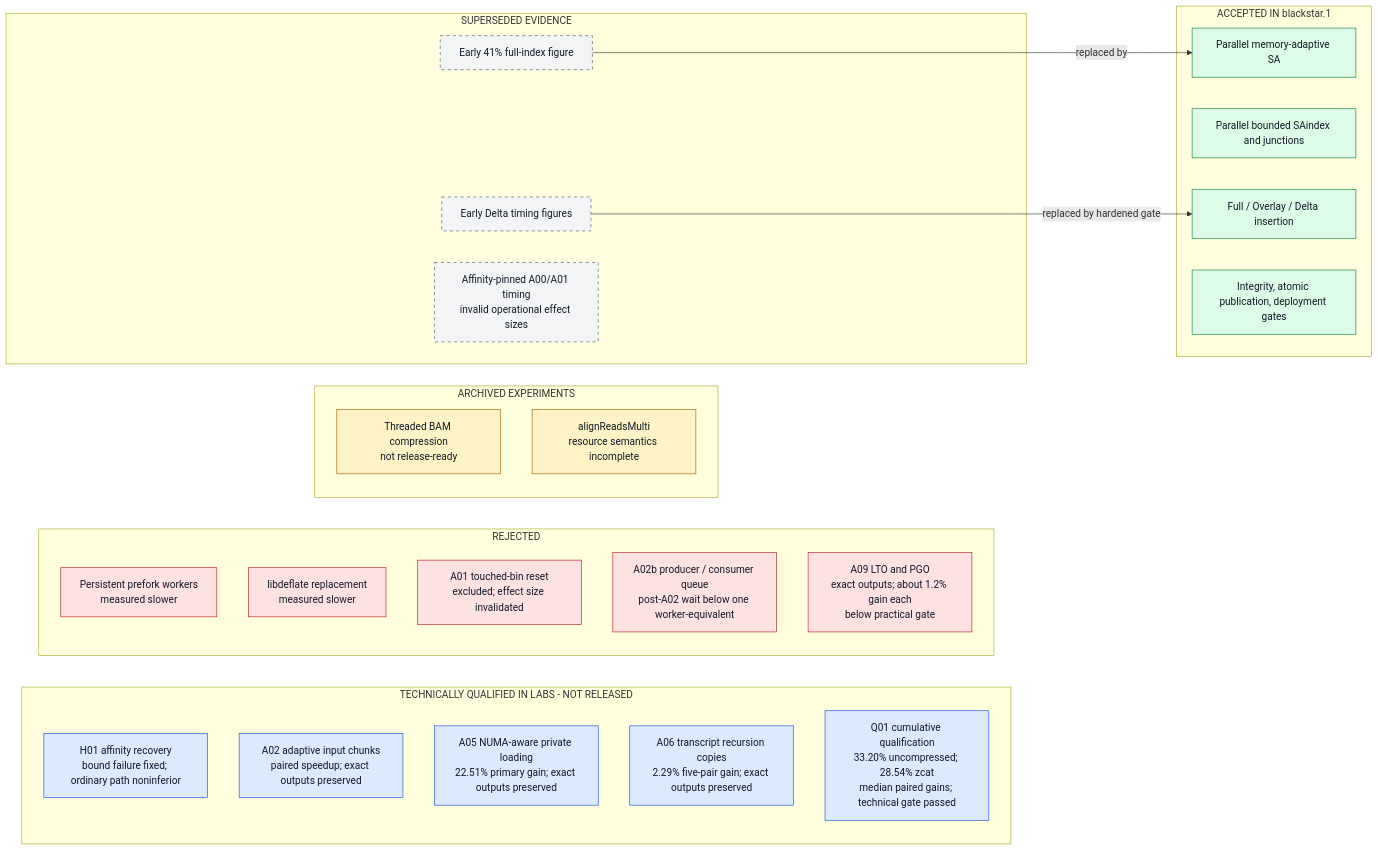
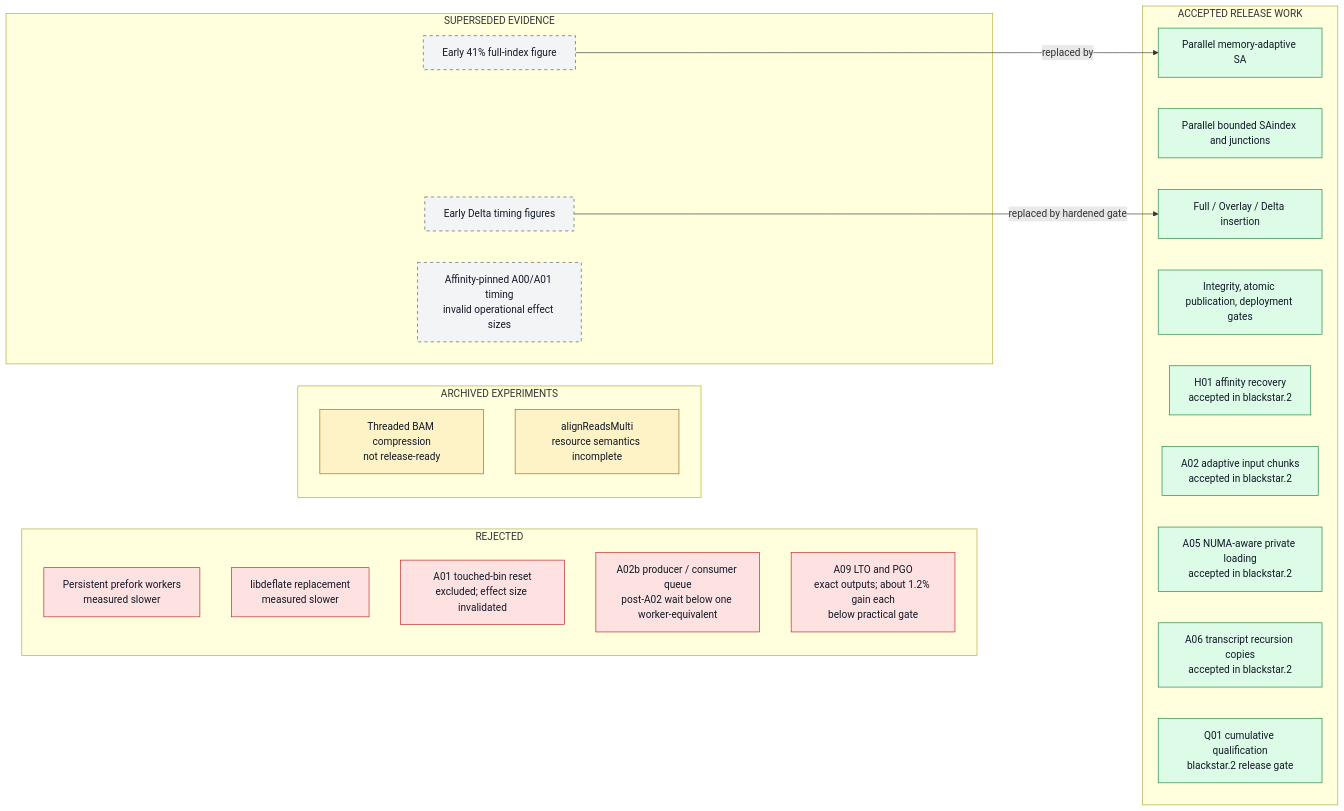
Before and after one commit to justinblethrow-cloud/STAR: the diagram in docs/architecture/diagrams/src/F13-history.mmd, drawn with Mermaid. The commit also changed 52 other files, not shown here.

Commit message:
release: prepare BlackSTAR 2.7.11b-blackstar.2

```diff
--- a/docs/architecture/diagrams/src/F13-history.mmd
+++ b/docs/architecture/diagrams/src/F13-history.mmd
@@ -1,48 +1,43 @@
 flowchart LR
-    subgraph ACCEPTED["ACCEPTED IN blackstar.1"]
+    subgraph ACCEPTED["ACCEPTED RELEASE WORK"]
         A1["Parallel memory-adaptive SA"]
         A2["Parallel bounded SAindex and junctions"]
         A3["Full / Overlay / Delta insertion"]
         A4["Integrity, atomic publication, deployment gates"]
-    end
-
-    subgraph LABS["TECHNICALLY QUALIFIED IN LABS - NOT RELEASED"]
-        L1["H01 affinity recovery<br/>bound failure fixed; ordinary path noninferior"]
-        L2["A02 adaptive input chunks<br/>paired speedup; exact outputs preserved"]
-        L3["A05 NUMA-aware private loading<br/>22.51% primary gain; exact outputs preserved"]
-        L4["A06 transcript recursion copies<br/>2.29% five-pair gain; exact outputs preserved"]
-        L5["Q01 cumulative qualification<br/>33.20% uncompressed; 28.54% zcat<br/>median paired gains; technical gate passed"]
+        A5["H01 affinity recovery<br/>accepted in blackstar.2"]
+        A6["A02 adaptive input chunks<br/>accepted in blackstar.2"]
+        A7["A05 NUMA-aware private loading<br/>accepted in blackstar.2"]
+        A8["A06 transcript recursion copies<br/>accepted in blackstar.2"]
+        A9["Q01 cumulative qualification<br/>blackstar.2 release gate"]
     end
 
     subgraph REJECTED["REJECTED"]
         R1["Persistent prefork workers<br/>measured slower"]
         R2["libdeflate replacement<br/>measured slower"]
         R3["A01 touched-bin reset<br/>excluded; effect size invalidated"]
         R4["A02b producer / consumer queue<br/>post-A02 wait below one worker-equivalent"]
         R5["A09 LTO and PGO<br/>exact outputs; about 1.2% gain each<br/>below practical gate"]
     end
 
     subgraph ARCHIVED["ARCHIVED EXPERIMENTS"]
         X1["Threaded BAM compression<br/>not release-ready"]
         X2["alignReadsMulti<br/>resource semantics incomplete"]
     end
 
     subgraph SUPERSEDED["SUPERSEDED EVIDENCE"]
         S1["Early 41% full-index figure"]
         S2["Early Delta timing figures"]
         S3["Affinity-pinned A00/A01 timing<br/>invalid operational effect sizes"]
     end
 
     S1 -->|replaced by| A1
     S2 -->|replaced by hardened gate| A3
 
     classDef accepted fill:#dcfce7,stroke:#15803d,color:#111827;
-    classDef labs fill:#dbeafe,stroke:#1d4ed8,color:#111827;
     classDef rejected fill:#fee2e2,stroke:#b91c1c,color:#111827;
     classDef archived fill:#fef3c7,stroke:#a16207,color:#111827;
     classDef superseded fill:#f3f4f6,stroke:#4b5563,color:#111827,stroke-dasharray: 5 5;
-    class A1,A2,A3,A4 accepted;
-    class L1,L2,L3,L4,L5 labs;
+    class A1,A2,A3,A4,A5,A6,A7,A8,A9 accepted;
     class R1,R2,R3,R4,R5 rejected;
     class X1,X2 archived;
     class S1,S2,S3 superseded;
```
